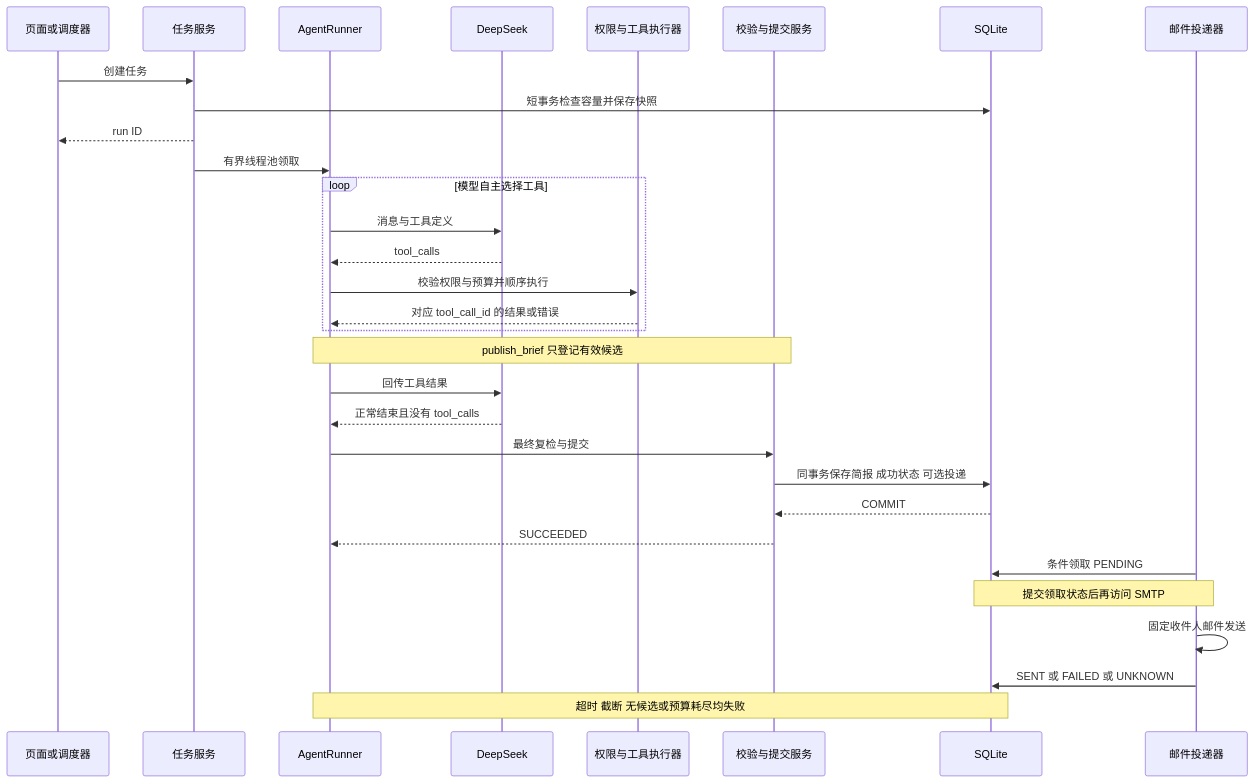
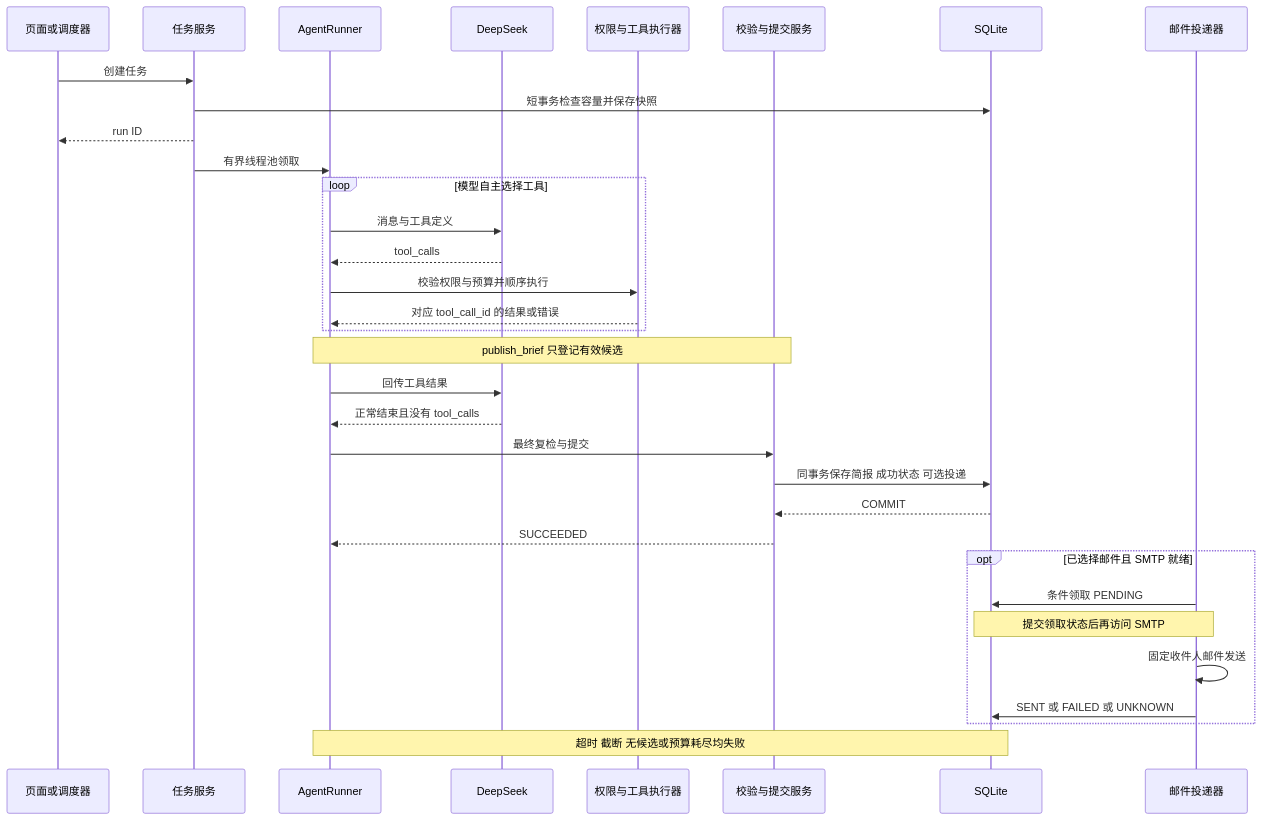
One commit to xiaoyixin3/ai-news-agent changed the second of 4 diagrams in docs/diagrams.md. Above: the diagram before and after it, drawn with Mermaid. The commit also changed other lines of this file and 17 other files, not shown here.

Commit message:
docs: align revised architecture and record scheduled live acceptance

````diff
--- a/docs/diagrams.md
+++ b/docs/diagrams.md
@@ -40,33 +43,35 @@
 ```mermaid
 sequenceDiagram
   participant U as 页面或调度器
   participant R as 任务服务
   participant A as AgentRunner
   participant L as DeepSeek
   participant T as 权限与工具执行器
   participant C as 校验与提交服务
   participant D as SQLite
   participant E as 邮件投递器
   U->>R: 创建任务
   R->>D: 短事务检查容量并保存快照
   R-->>U: run ID
   R->>A: 有界线程池领取
   loop 模型自主选择工具
     A->>L: 消息与工具定义
     L-->>A: tool_calls
     A->>T: 校验权限与预算并顺序执行
     T-->>A: 对应 tool_call_id 的结果或错误
   end
   Note over A,C: publish_brief 只登记有效候选
   A->>L: 回传工具结果
   L-->>A: 正常结束且没有 tool_calls
   A->>C: 最终复检与提交
   C->>D: 同事务保存简报 成功状态 可选投递
   D-->>C: COMMIT
   C-->>A: SUCCEEDED
-  E->>D: 条件领取 PENDING
-  Note over D,E: 提交领取状态后再访问 SMTP
-  E->>E: 固定收件人邮件发送
-  E->>D: SENT 或 FAILED 或 UNKNOWN
+  opt 已选择邮件且 SMTP 就绪
+    E->>D: 条件领取 PENDING
+    Note over D,E: 提交领取状态后再访问 SMTP
+    E->>E: 固定收件人邮件发送
+    E->>D: SENT 或 FAILED 或 UNKNOWN
+  end
   Note over A,D: 超时 截断 无候选或预算耗尽均失败
 ```
````
